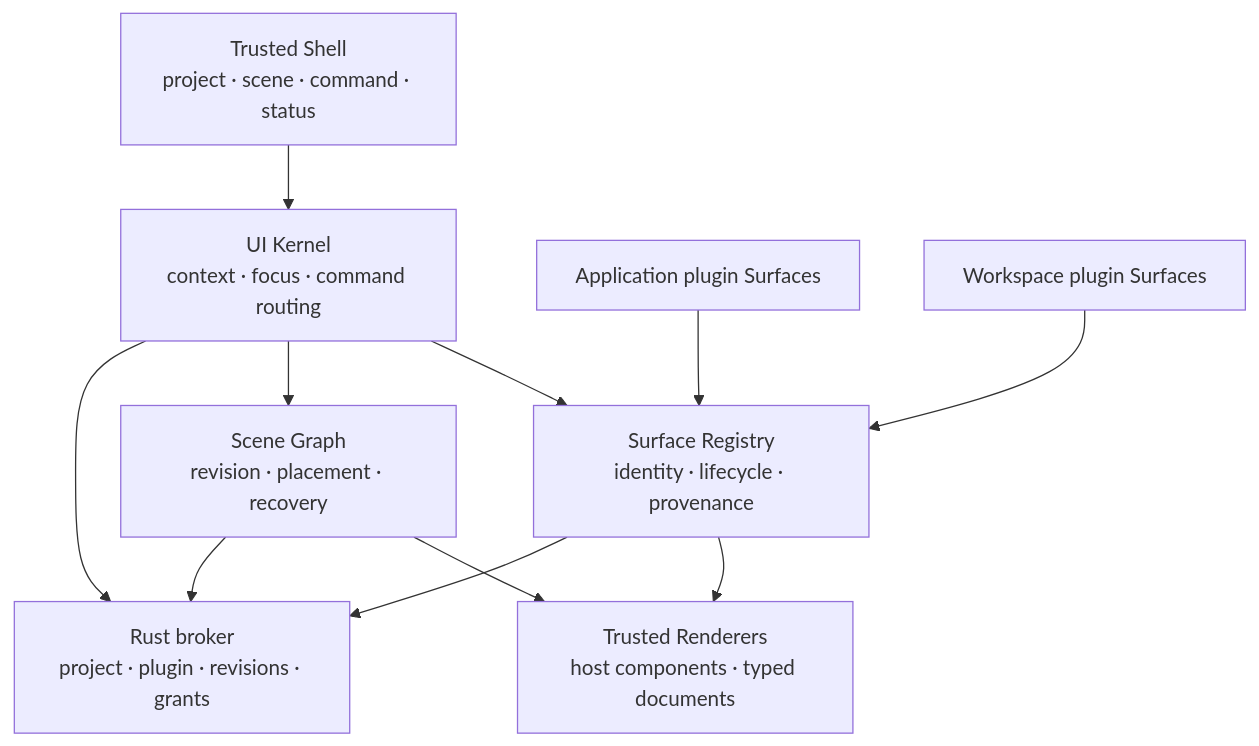
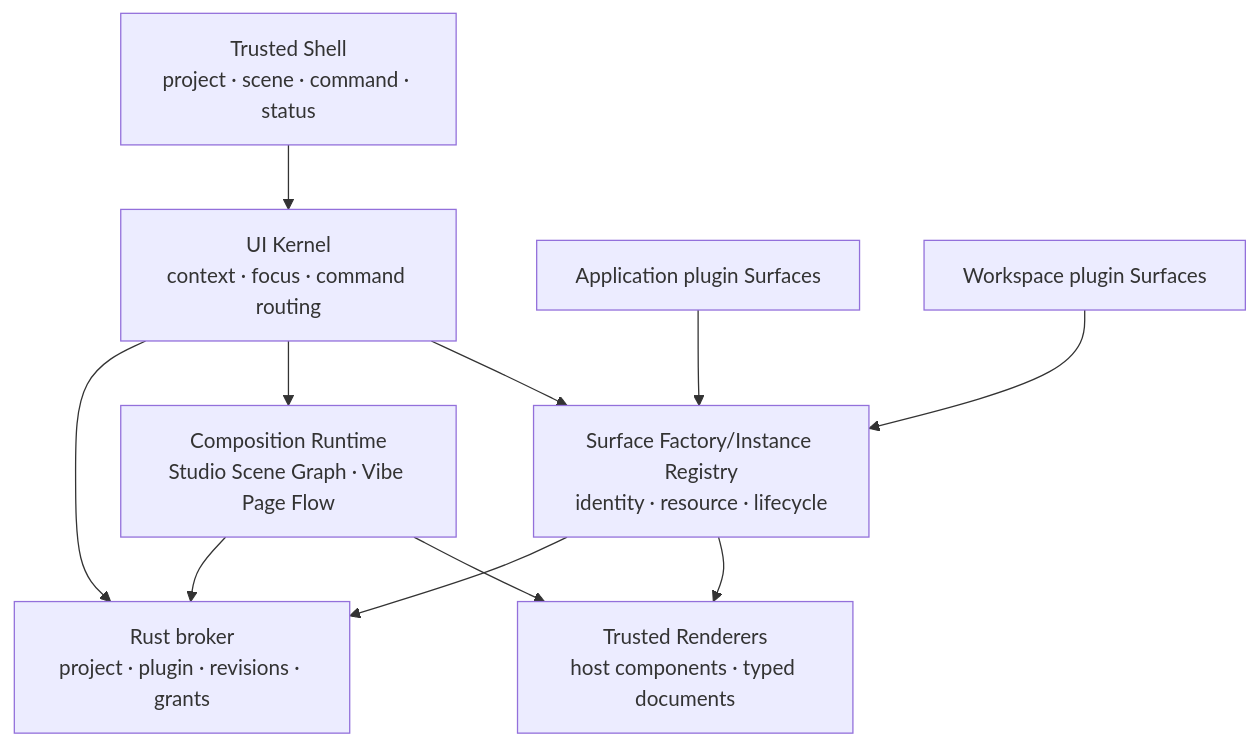
Before and after one commit to YuLab-SMU/Rho: the diagram in docs/design/proposed-2026-08-21-plugin-native-surface-runtime-design.md, drawn with Mermaid. The commit also changed other lines of this file and 3 other files, not shown here.

Commit message:
docs: define scalable studio and vibe surfaces

````diff
--- a/docs/design/proposed-2026-08-21-plugin-native-surface-runtime-design.md
+++ b/docs/design/proposed-2026-08-21-plugin-native-surface-runtime-design.md
@@ -165,22 +200,22 @@
 ```mermaid
 flowchart TB
     SHELL[Trusted Shell\nproject · scene · command · status]
     KERNEL[UI Kernel\ncontext · focus · command routing]
-    REGISTRY[Surface Registry\nidentity · lifecycle · provenance]
-    LAYOUT[Scene Graph\nrevision · placement · recovery]
+    REGISTRY[Surface Factory/Instance Registry\nidentity · resource · lifecycle]
+    LAYOUT[Composition Runtime\nStudio Scene Graph · Vibe Page Flow]
     RENDER[Trusted Renderers\nhost components · typed documents]
     CORE[Application plugin Surfaces]
     WORKSPACE[Workspace plugin Surfaces]
     BROKER[Rust broker\nproject · plugin · revisions · grants]
 
     SHELL --> KERNEL
     KERNEL --> REGISTRY
     KERNEL --> LAYOUT
     REGISTRY --> RENDER
     LAYOUT --> RENDER
     CORE --> REGISTRY
     WORKSPACE --> REGISTRY
     KERNEL --> BROKER
     REGISTRY --> BROKER
     LAYOUT --> BROKER
 ```
````
